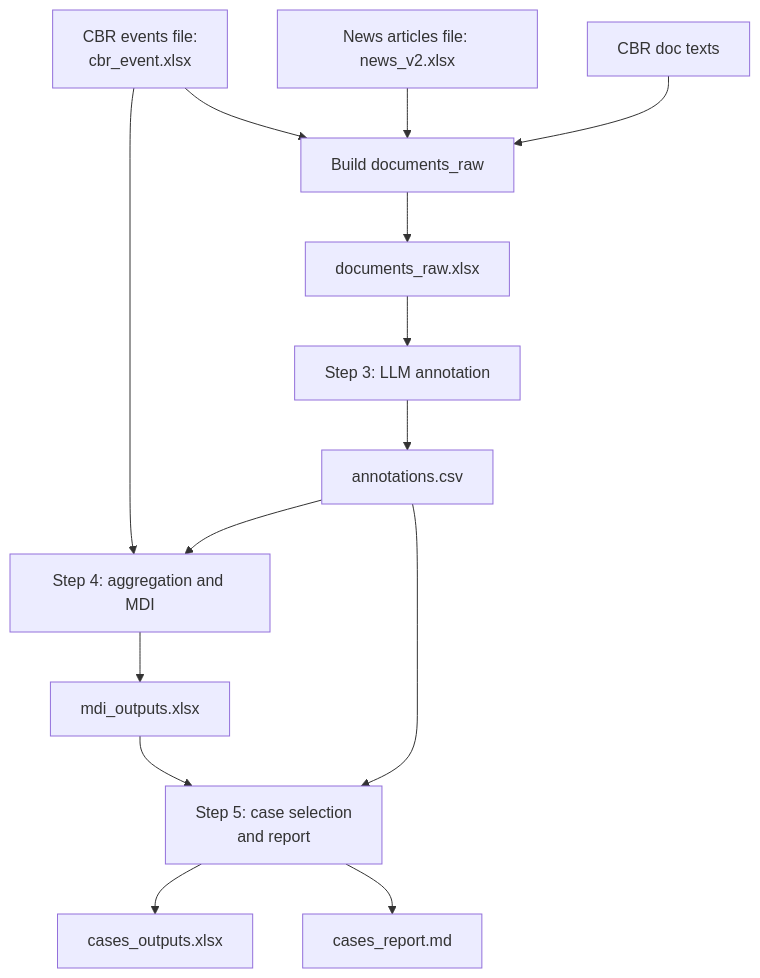
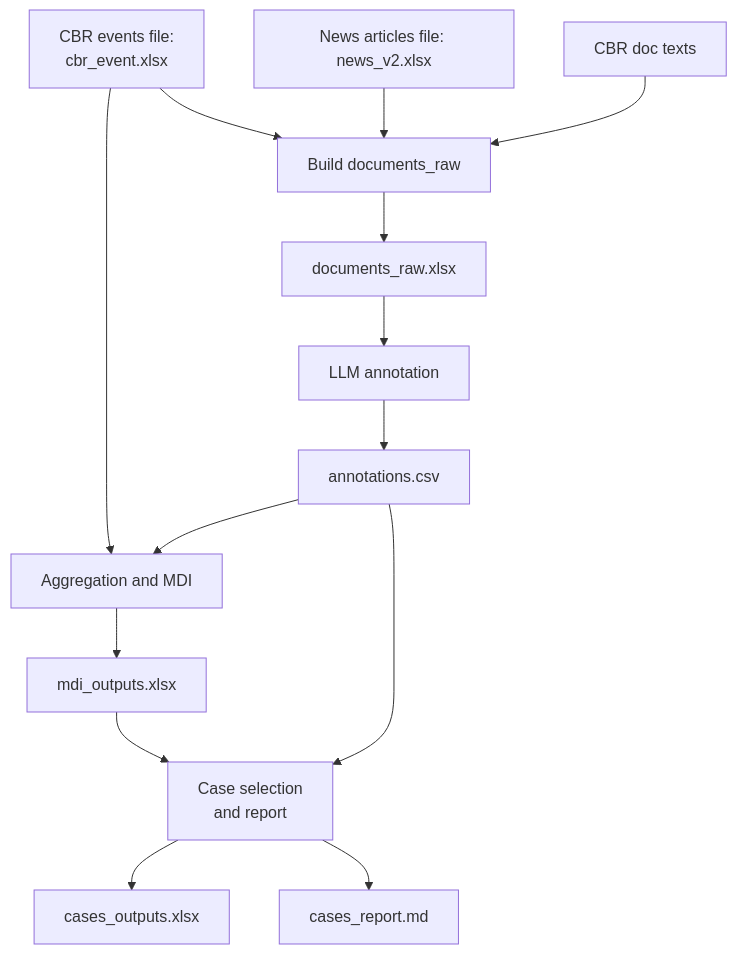
The diagram in README.md (Ivan-Tsarikov/Media_Divergence_Index_for_CBR), drawn with Mermaid before and after one commit. The commit also changed other lines of this file, not shown here.

````diff
--- a/README.md
+++ b/README.md
@@ -59,19 +59,19 @@
 ```mermaid
 flowchart TD
   A[CBR events file:  <br> cbr_event.xlsx] --> B[Build documents_raw]
   C[News articles file: news_v2.xlsx] --> B
   D[CBR doc texts] --> B
 
   B --> E[documents_raw.xlsx]
-  E --> F[Step 3: LLM annotation]
+  E --> F[LLM annotation]
   F --> G[annotations.csv]
 
-  A --> H[Step 4: aggregation and MDI]
+  A --> H[Aggregation and MDI]
   G --> H
   H --> I[mdi_outputs.xlsx]
 
-  I --> J[Step 5: case selection  <br> and report]
+  I --> J[Case selection  <br> and report]
   G --> J
   J --> K[cases_outputs.xlsx]
   J --> L[cases_report.md]
 ```
````
